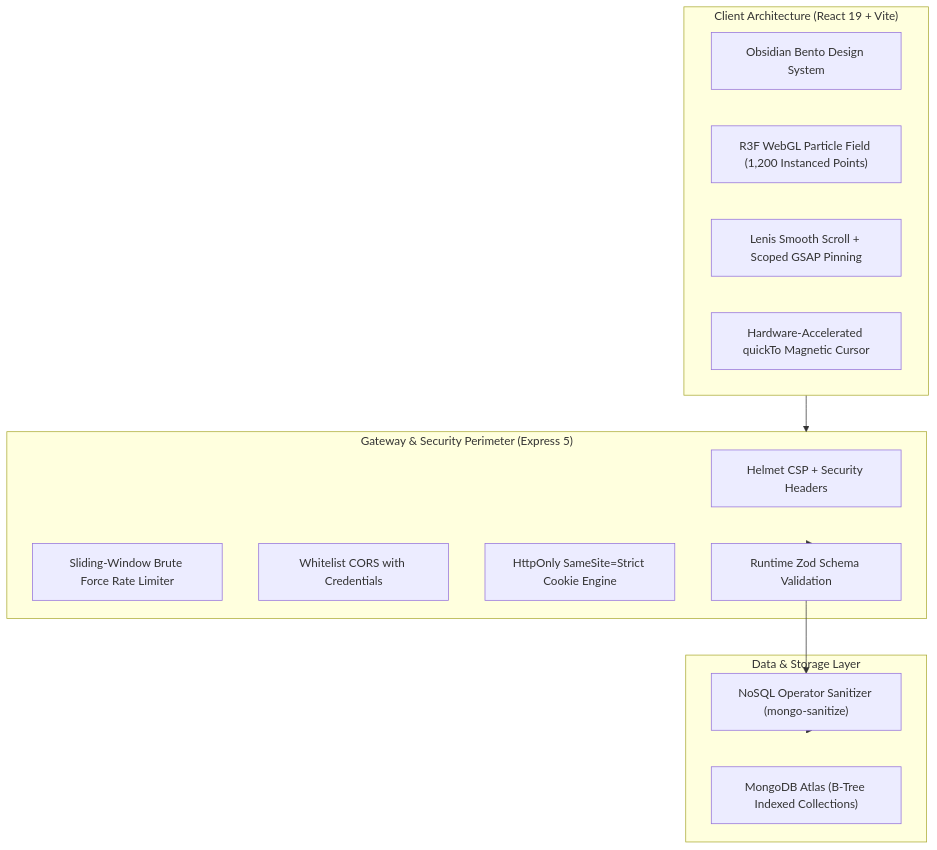
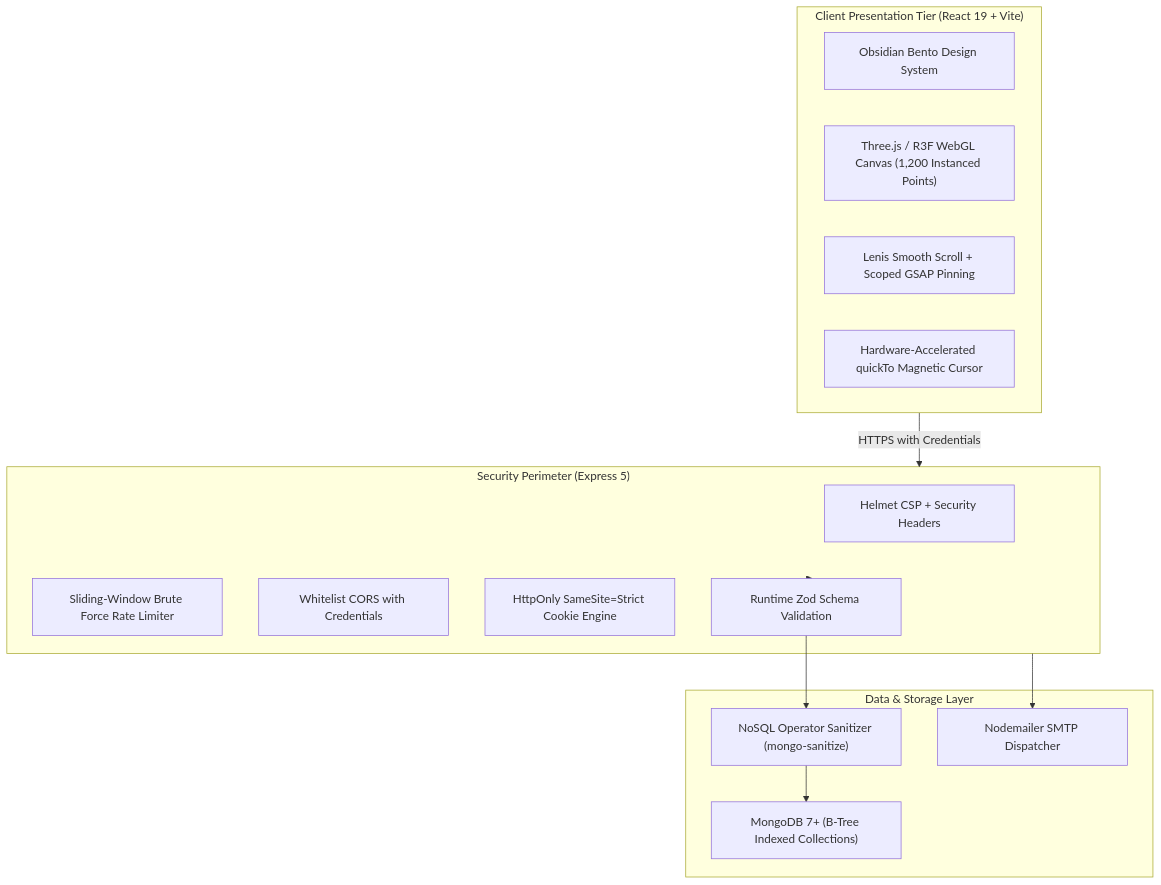
The diagram in README.md (BradleyXiX/MERN-SaaS-Boilerplate), drawn with Mermaid before and after one commit. The commit also changed other lines of this file and 22 other files, not shown here.

````diff
--- a/README.md
+++ b/README.md
@@ -14,27 +29,29 @@
 ```mermaid
 flowchart TD
-    subgraph Client ["Client Architecture (React 19 + Vite)"]
+    subgraph Client ["Client Presentation Tier (React 19 + Vite)"]
         UI["Obsidian Bento Design System"]
-        R3F["R3F WebGL Particle Field (1,200 Instanced Points)"]
+        R3F["Three.js / R3F WebGL Canvas (1,200 Instanced Points)"]
         GSAP["Lenis Smooth Scroll + Scoped GSAP Pinning"]
         Cursor["Hardware-Accelerated quickTo Magnetic Cursor"]
     end
 
-    subgraph Gateway ["Gateway & Security Perimeter (Express 5)"]
+    subgraph Gateway ["Security Perimeter (Express 5)"]
         Helmet["Helmet CSP + Security Headers"]
         RateLimit["Sliding-Window Brute Force Rate Limiter"]
         CORS["Whitelist CORS with Credentials"]
         CookieEngine["HttpOnly SameSite=Strict Cookie Engine"]
         Zod["Runtime Zod Schema Validation"]
     end
 
     subgraph DataLayer ["Data & Storage Layer"]
         Sanitizer["NoSQL Operator Sanitizer (mongo-sanitize)"]
-        Mongo["MongoDB Atlas (B-Tree Indexed Collections)"]
+        Mongo["MongoDB 7+ (B-Tree Indexed Collections)"]
+        Mailer["Nodemailer SMTP Dispatcher"]
     end
 
-    Client --> Gateway
+    Client -->|HTTPS with Credentials| Gateway
     Gateway --> Zod
     Zod --> Sanitizer
-    Sanitizer --> DataLayer
+    Sanitizer --> Mongo
+    Gateway --> Mailer
 ```
````
